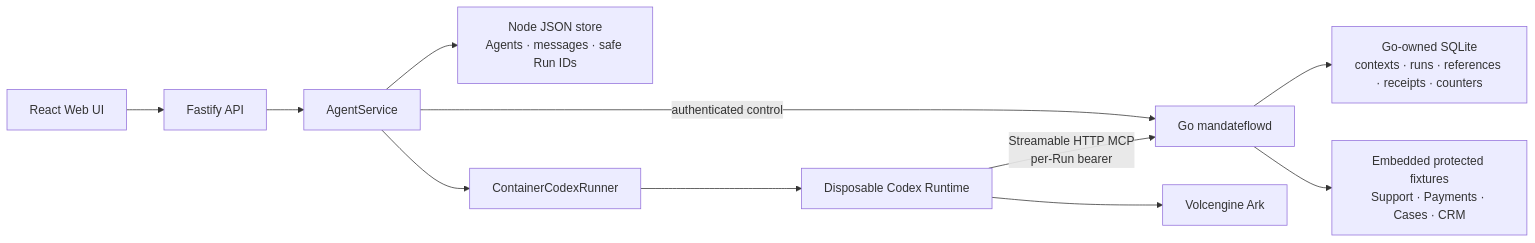
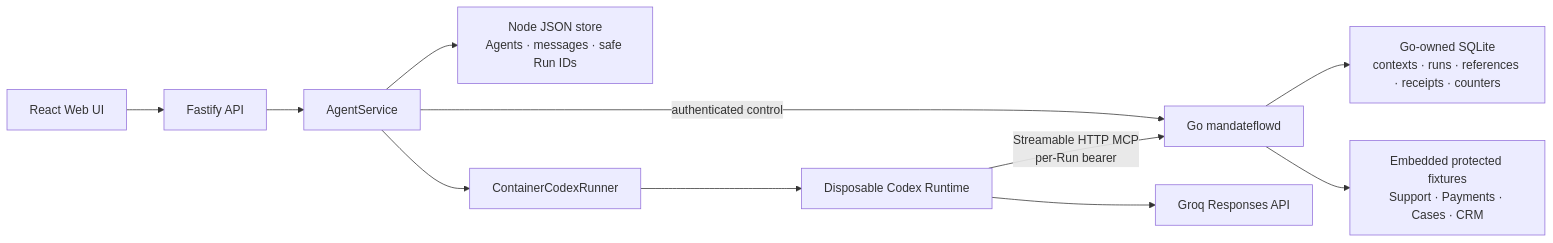
Before and after one commit to tradaokamsa/MandateFlow: the diagram in CodeJam/docs/ARCHITECTURE.md, drawn with Mermaid. The commit also changed other lines of this file and 34 other files, not shown here.

First line of the commit message:
feat(groq): port CodeJam to Groq Responses API

````diff
--- a/CodeJam/docs/ARCHITECTURE.md
+++ b/CodeJam/docs/ARCHITECTURE.md
@@ -7,13 +7,13 @@
 ```mermaid
 flowchart LR
     UI["React Web UI"] --> API["Fastify API"]
     API --> Service["AgentService"]
     Service --> NodeStore["Node JSON store<br/>Agents · messages · safe Run IDs"]
     Service -->|authenticated control| Gateway["Go mandateflowd"]
     Gateway --> GoStore["Go-owned SQLite<br/>contexts · runs · references · receipts · counters"]
     Service --> Runner["ContainerCodexRunner"]
     Runner --> Runtime["Disposable Codex Runtime"]
-    Runtime --> Ark["Volcengine Ark"]
+    Runtime --> Groq["Groq Responses API"]
     Runtime -->|Streamable HTTP MCP<br/>per-Run bearer| Gateway
     Gateway --> Fixtures["Embedded protected fixtures<br/>Support · Payments · Cases · CRM"]
 ```
````
